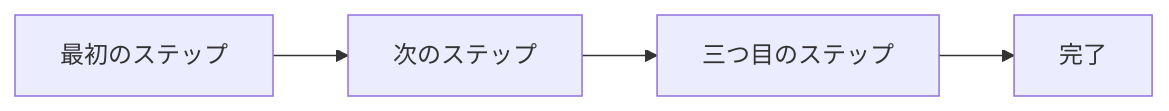
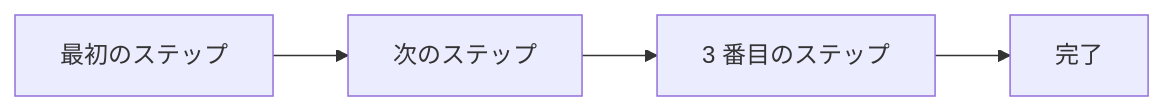
One commit to redtear1115/mars-dawn-website changed the diagram in public/ja/templates/flowchart/flowchart.md. Above: the diagram before and after it, drawn with Mermaid. The commit also changed other lines of this file and 32 other files, not shown here.

````diff
--- a/public/ja/templates/flowchart/flowchart.md
+++ b/public/ja/templates/flowchart/flowchart.md
@@ -7,6 +7,6 @@
 ```mermaid
 flowchart LR
   A[最初のステップ] --> B[次のステップ]
-  B --> C[三つ目のステップ]
+  B --> C[3 番目のステップ]
   C --> D[完了]
 ```
````
